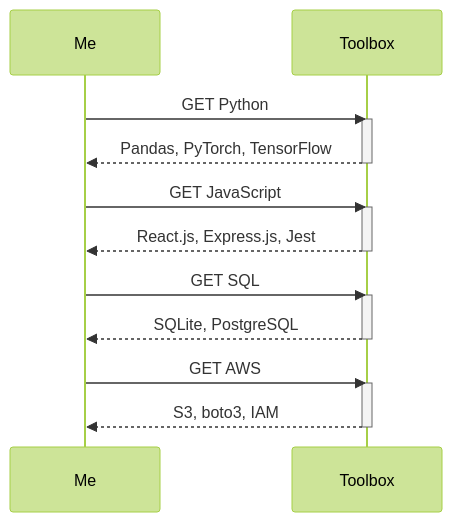
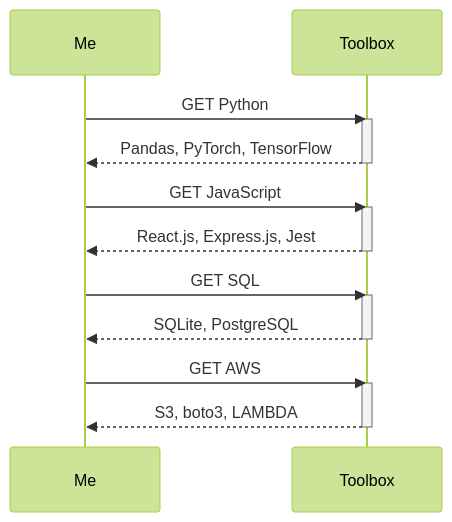
One commit to att-ar/att-ar changed the diagram in README.md. Above: the diagram before and after it, drawn with Mermaid (forest theme).

````diff
--- a/README.md
+++ b/README.md
@@ -23,25 +23,25 @@
 ```mermaid
   sequenceDiagram
       participant Me
       participant Toolbox
       
       Me->>Toolbox: GET Python
       activate Toolbox
       Toolbox-->>Me: Pandas, PyTorch, TensorFlow
       deactivate Toolbox
       
       Me->>Toolbox: GET JavaScript
       activate Toolbox
       Toolbox-->>Me: React.js, Express.js, Jest
       deactivate Toolbox
       
       Me->>Toolbox: GET SQL
       activate Toolbox
       Toolbox-->>Me: SQLite, PostgreSQL
       deactivate Toolbox
       
       Me->>Toolbox: GET AWS
       activate Toolbox
-      Toolbox-->>Me: S3, boto3, IAM
+      Toolbox-->>Me: S3, boto3, LAMBDA
       deactivate Toolbox
 ```
````
